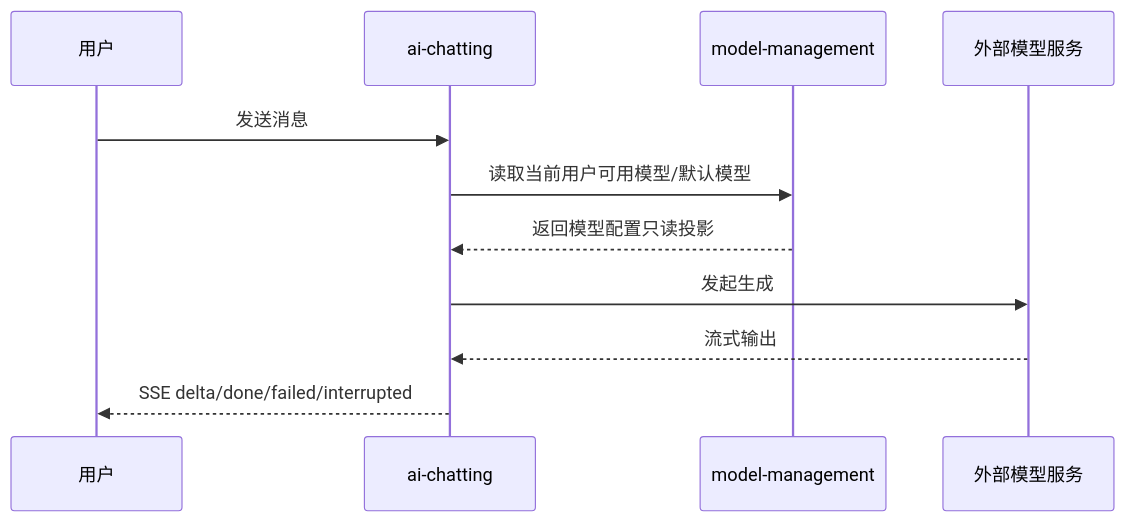
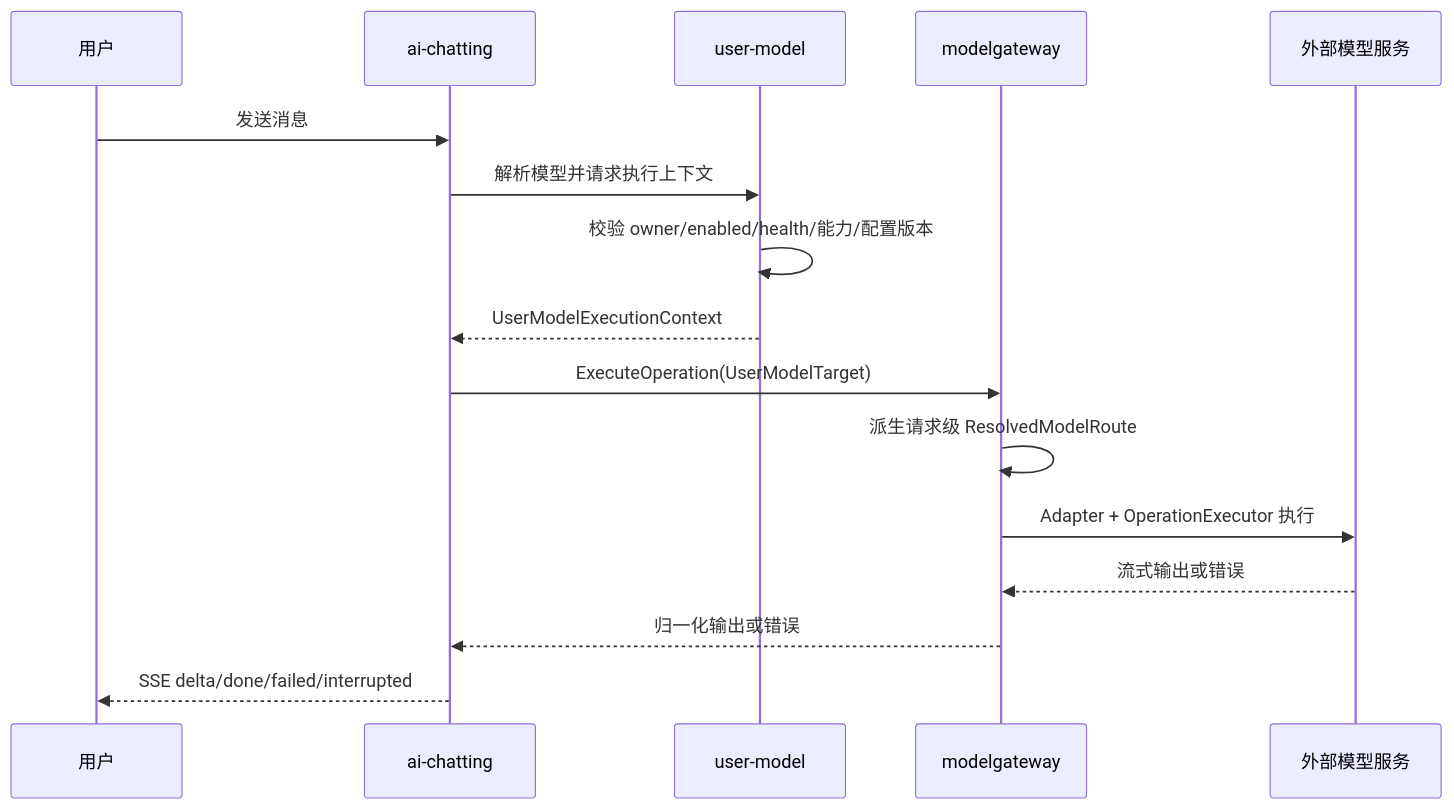
The third of 5 diagrams in 02_architecture/global-architecture.md (wangweihong/omnimam-spec), drawn with Mermaid before and after one commit. The commit also changed other lines of this file and 43 other files, not shown here.

Commit message:
spec: unify user model and model gateway

````diff
--- a/02_architecture/global-architecture.md
+++ b/02_architecture/global-architecture.md
@@ -125,14 +128,19 @@
 ```mermaid
 sequenceDiagram
   participant User as 用户
   participant Chat as ai-chatting
-  participant Model as model-management
+  participant Model as user-model
+  participant Gateway as modelgateway
   participant LLM as 外部模型服务
 
   User->>Chat: 发送消息
-  Chat->>Model: 读取当前用户可用模型/默认模型
-  Model-->>Chat: 返回模型配置只读投影
-  Chat->>LLM: 发起生成
-  LLM-->>Chat: 流式输出
+  Chat->>Model: 解析模型并请求执行上下文
+  Model->>Model: 校验 owner/enabled/health/能力/配置版本
+  Model-->>Chat: UserModelExecutionContext
+  Chat->>Gateway: ExecuteOperation(UserModelTarget)
+  Gateway->>Gateway: 派生请求级 ResolvedModelRoute
+  Gateway->>LLM: Adapter + OperationExecutor 执行
+  LLM-->>Gateway: 流式输出或错误
+  Gateway-->>Chat: 归一化输出或错误
   Chat-->>User: SSE delta/done/failed/interrupted
 ```
````
